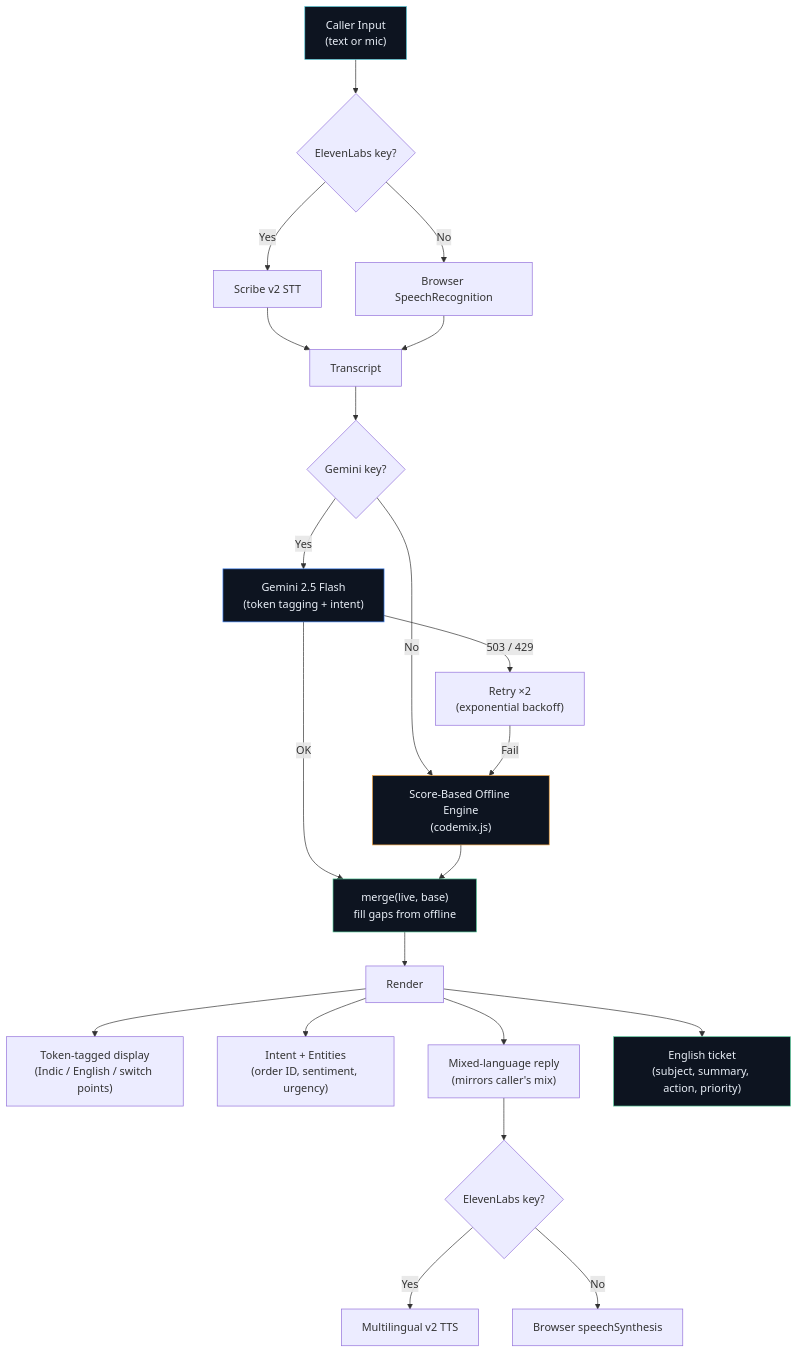
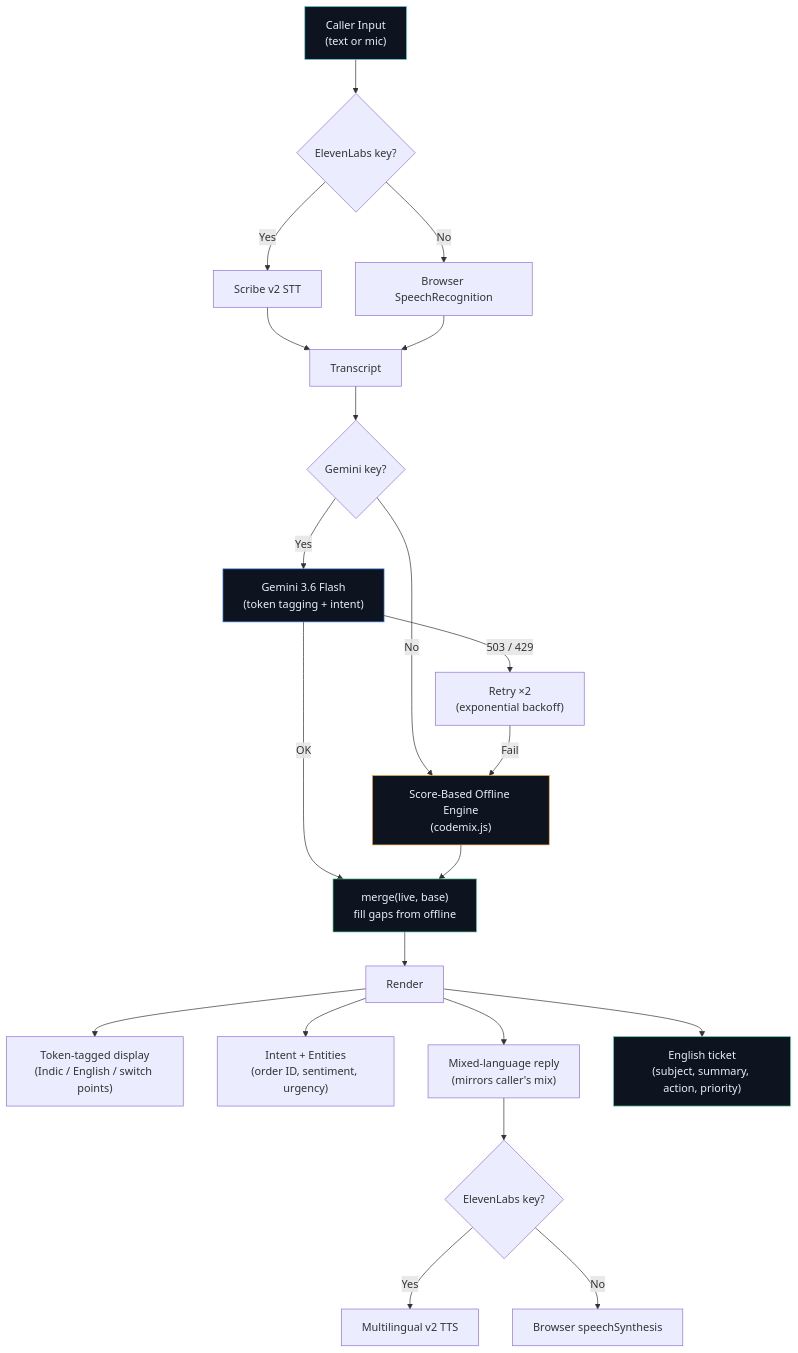
One commit to ramanathanmani/great-agent-hackathon-2026 changed the diagram in README.md. Above: the diagram before and after it, drawn with Mermaid. The commit also changed other lines of this file and 6 other files, not shown here.

First line of the commit message:
Default Gemini model to gemini-3.6-flash

````diff
--- a/README.md
+++ b/README.md
@@ -116,29 +116,29 @@
 ```mermaid
 graph TD
     A["Caller Input<br/>(text or mic)"] --> B{"ElevenLabs key?"}
     B -->|Yes| C["Scribe v2 STT"]
     B -->|No| D["Browser SpeechRecognition"]
     C --> E["Transcript"]
     D --> E
     E --> F{"Gemini key?"}
-    F -->|Yes| G["Gemini 2.5 Flash<br/>(token tagging + intent)"]
+    F -->|Yes| G["Gemini 3.6 Flash<br/>(token tagging + intent)"]
     F -->|No| H["Score-Based Offline Engine<br/>(codemix.js)"]
     G -->|"503 / 429"| I["Retry ×2<br/>(exponential backoff)"]
     I -->|Fail| H
     G -->|OK| J["merge(live, base)<br/>fill gaps from offline"]
     H --> J
     J --> K["Render"]
     K --> L["Token-tagged display<br/>(Indic / English / switch points)"]
     K --> M["Intent + Entities<br/>(order ID, sentiment, urgency)"]
     K --> N["Mixed-language reply<br/>(mirrors caller's mix)"]
     K --> O["English ticket<br/>(subject, summary, action, priority)"]
     N --> P{"ElevenLabs key?"}
     P -->|Yes| Q["Multilingual v2 TTS"]
     P -->|No| R["Browser speechSynthesis"]
 
     style A fill:#0D1420,stroke:#5FD0DE,color:#E9EFF7
     style G fill:#0D1420,stroke:#4285F4,color:#E9EFF7
     style H fill:#0D1420,stroke:#F0A340,color:#E9EFF7
     style J fill:#0D1420,stroke:#57C99A,color:#E9EFF7
     style O fill:#0D1420,stroke:#57C99A,color:#E9EFF7
 ```
````
